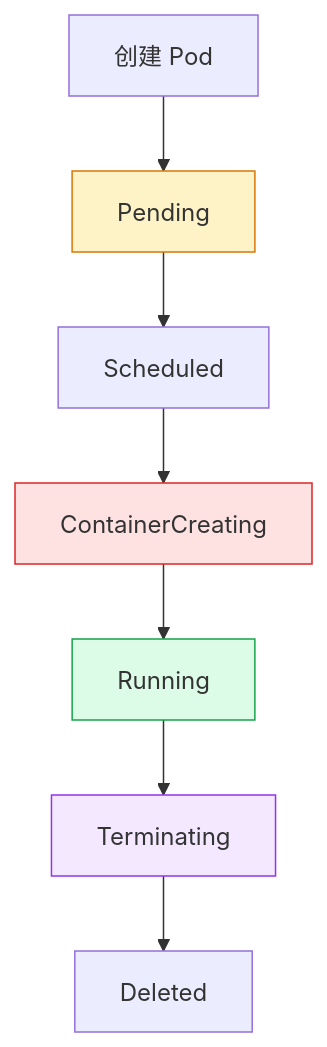
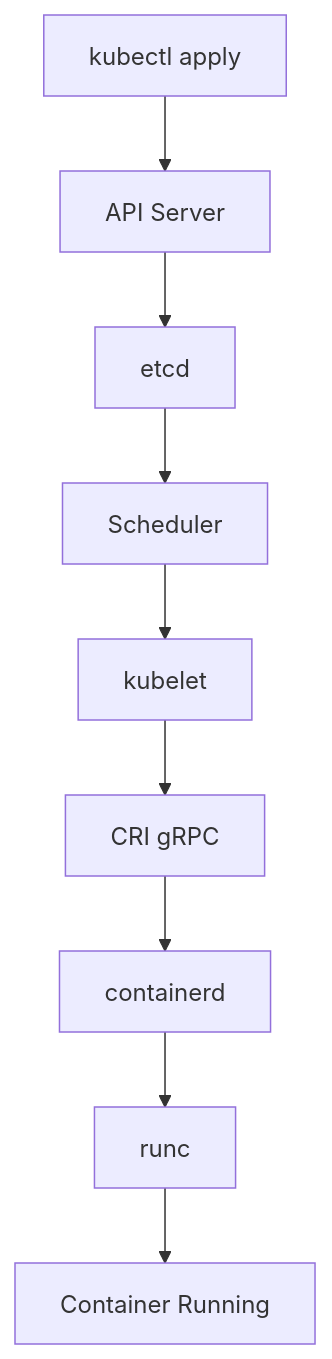
Before and after one commit to hfei929/1hair-labs: the first of 9 diagrams in docs/kubernetes/architecture/pod-lifecycle.md, drawn with Mermaid. The commit also changed other lines of this file and 7 other files, not shown here.

````diff
--- a/docs/kubernetes/architecture/pod-lifecycle.md
+++ b/docs/kubernetes/architecture/pod-lifecycle.md
@@ -581,14 +40,11 @@
 ```mermaid
 flowchart TD
-    A[创建 Pod] --> B[Pending]
-    B --> C[Scheduled]
-    C --> D[ContainerCreating]
-    D --> E[Running]
-    E --> F[Terminating]
-    F --> G[Deleted]
-
-    style B fill:#fef3c7,stroke:#d97706
-    style D fill:#fee2e2,stroke:#dc2626
-    style E fill:#dcfce7,stroke:#16a34a
-    style F fill:#f3e8ff,stroke:#9333ea
+    A["kubectl apply"] --> B["API Server"]
+    B --> C["etcd"]
+    C --> D["Scheduler"]
+    D --> E["kubelet"]
+    E --> F["CRI gRPC"]
+    F --> G["containerd"]
+    G --> H["runc"]
+    H --> I["Container Running"]
 ```
````
